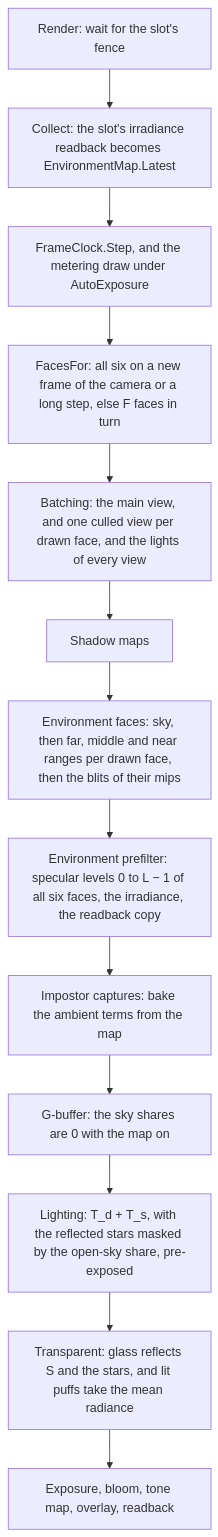
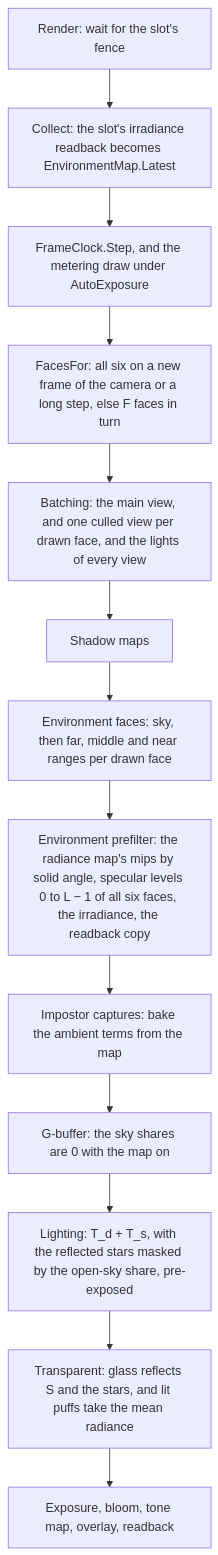
The diagram in docs/plans/environment-map.md (alexispurslane/tertius), drawn with Mermaid before and after one commit. The commit also changed other lines of this file and 10 other files, not shown here.

First line of the commit message:
ter-nl5u: the radiance map's mips keep the light by solid angle

````diff
--- a/docs/plans/environment-map.md
+++ b/docs/plans/environment-map.md
@@ -714,15 +725,15 @@
 ```mermaid
 flowchart TD
     W["Render: wait for the slot's fence"] --> C["Collect: the slot's irradiance readback becomes EnvironmentMap.Latest"]
     C --> K["FrameClock.Step, and the metering draw under AutoExposure"]
     K --> F["FacesFor: all six on a new frame of the camera or a long step, else F faces in turn"]
     F --> B["Batching: the main view, and one culled view per drawn face, and the lights of every view"]
     B --> S["Shadow maps"]
-    S --> EF["Environment faces: sky, then far, middle and near ranges per drawn face, then the blits of their mips"]
-    EF --> EP["Environment prefilter: specular levels 0 to L − 1 of all six faces, the irradiance, the readback copy"]
+    S --> EF["Environment faces: sky, then far, middle and near ranges per drawn face"]
+    EF --> EP["Environment prefilter: the radiance map's mips by solid angle, specular levels 0 to L − 1 of all six faces, the irradiance, the readback copy"]
     EP --> IC["Impostor captures: bake the ambient terms from the map"]
     IC --> G["G-buffer: the sky shares are 0 with the map on"]
     G --> L["Lighting: T_d + T_s, with the reflected stars masked by the open-sky share, pre-exposed"]
     L --> T["Transparent: glass reflects S and the stars, and lit puffs take the mean radiance"]
     T --> R["Exposure, bloom, tone map, overlay, readback"]
 ```
````
